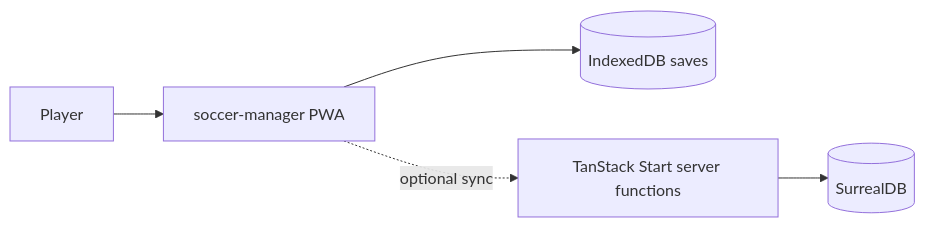
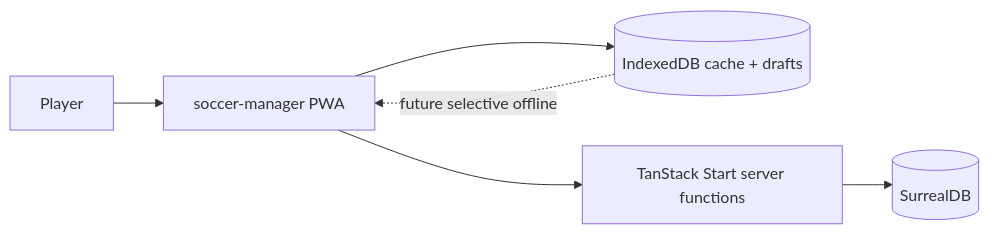
Before and after one commit to EtroxTaran/klubhaus-elf: the diagram in docs/10-Architecture/03-Context.md, drawn with Mermaid. The commit also changed other lines of this file and 67 other files, not shown here.

````diff
--- a/docs/10-Architecture/03-Context.md
+++ b/docs/10-Architecture/03-Context.md
@@ -13,7 +13,8 @@
 ```mermaid
 flowchart LR
   Player[Player] --> PWA[soccer-manager PWA]
-  PWA --> IndexedDB[(IndexedDB saves)]
-  PWA -. optional sync .-> Start[TanStack Start server functions]
+  PWA --> IndexedDB[(IndexedDB cache + drafts)]
+  PWA --> Start[TanStack Start server functions]
   Start --> SurrealDB[(SurrealDB)]
+  IndexedDB -. future selective offline .-> PWA
 ```
````
